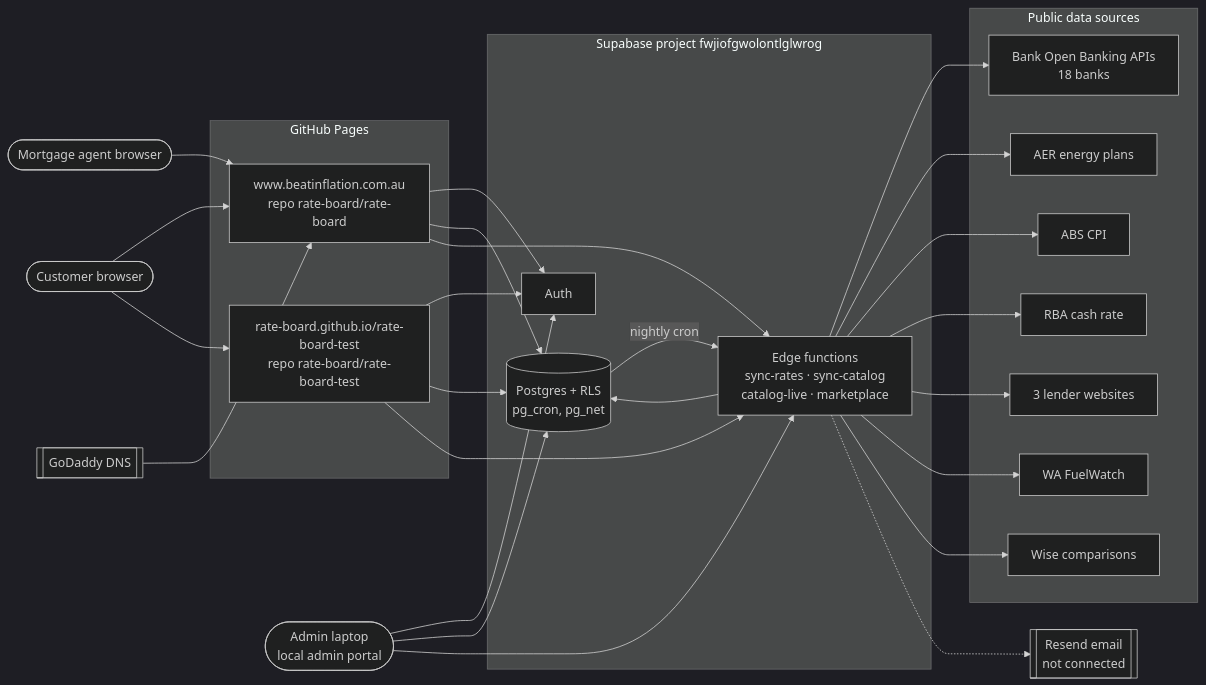
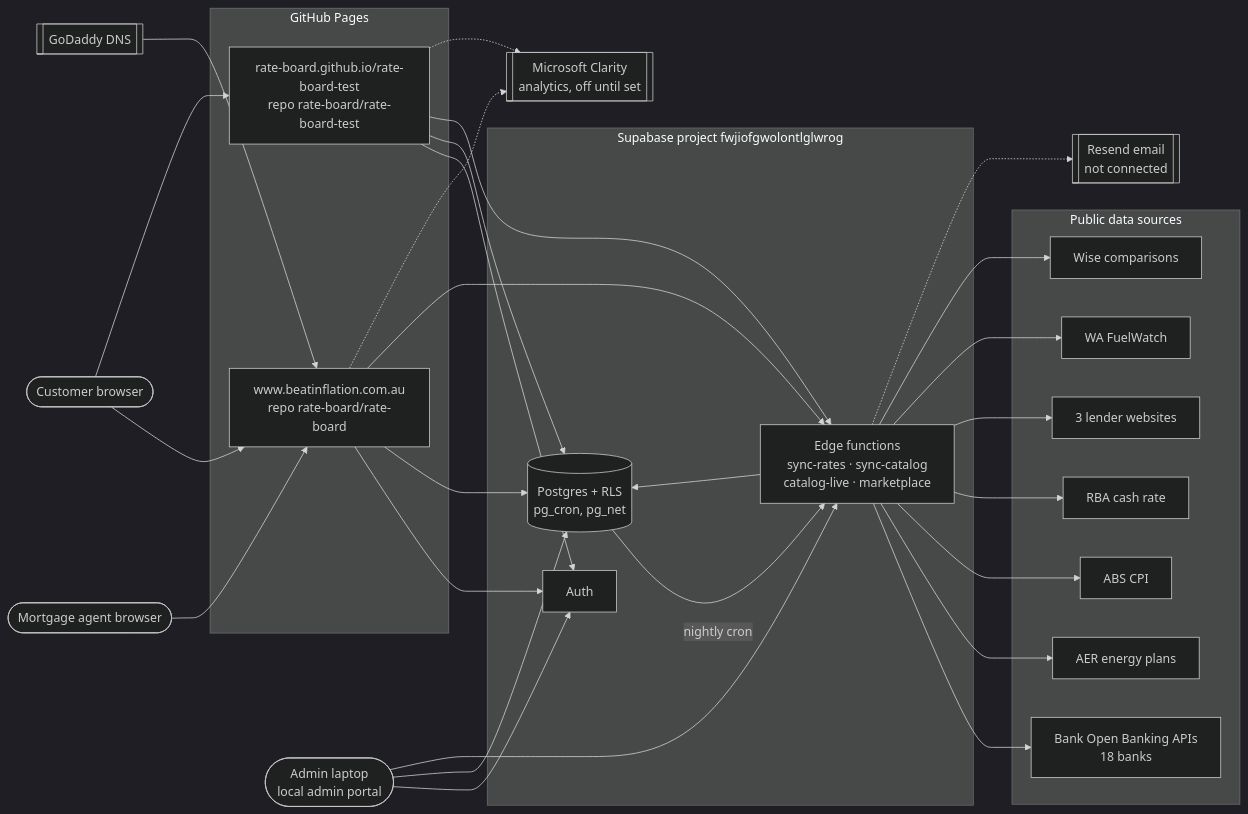
Before and after one commit to rate-board/rate-board: the first of 3 diagrams in docs/ARCHITECTURE.md, drawn with Mermaid (dark theme). The commit also changed other lines of this file and 17 other files, not shown here.

First line of the commit message:
Boring by design restyle; Clarity analytics ready to switch on

````diff
--- a/docs/ARCHITECTURE.md
+++ b/docs/ARCHITECTURE.md
@@ -14,35 +14,37 @@
 ```mermaid
 flowchart LR
   customer([Customer browser])
   agent([Mortgage agent browser])
   admin([Admin laptop<br/>local admin portal])
   subgraph gh[GitHub Pages]
     prod[www.beatinflation.com.au<br/>repo rate-board/rate-board]
     test[rate-board.github.io/rate-board-test<br/>repo rate-board/rate-board-test]
   end
   subgraph sb[Supabase project fwjiofgwolontlglwrog]
     auth[Auth]
     db[(Postgres + RLS<br/>pg_cron, pg_net)]
     fns[Edge functions<br/>sync-rates · sync-catalog<br/>catalog-live · marketplace]
   end
   subgraph ext[Public data sources]
     cdr[Bank Open Banking APIs<br/>18 banks]
     aer[AER energy plans]
     abs[ABS CPI]
     rba[RBA cash rate]
     lenders[3 lender websites]
     fw[WA FuelWatch]
     wise[Wise comparisons]
   end
   resend[[Resend email<br/>not connected]]
+  clarity[[Microsoft Clarity<br/>analytics, off until set]]
   dns[[GoDaddy DNS]]
   customer --> prod & test
   agent --> prod
   dns --> prod
   prod & test --> auth & db & fns
   admin --> auth & db & fns
   db -- nightly cron --> fns
   fns --> cdr & aer & abs & rba & lenders & fw & wise
   fns --> db
   fns -.-> resend
+  prod & test -.-> clarity
 ```
````
